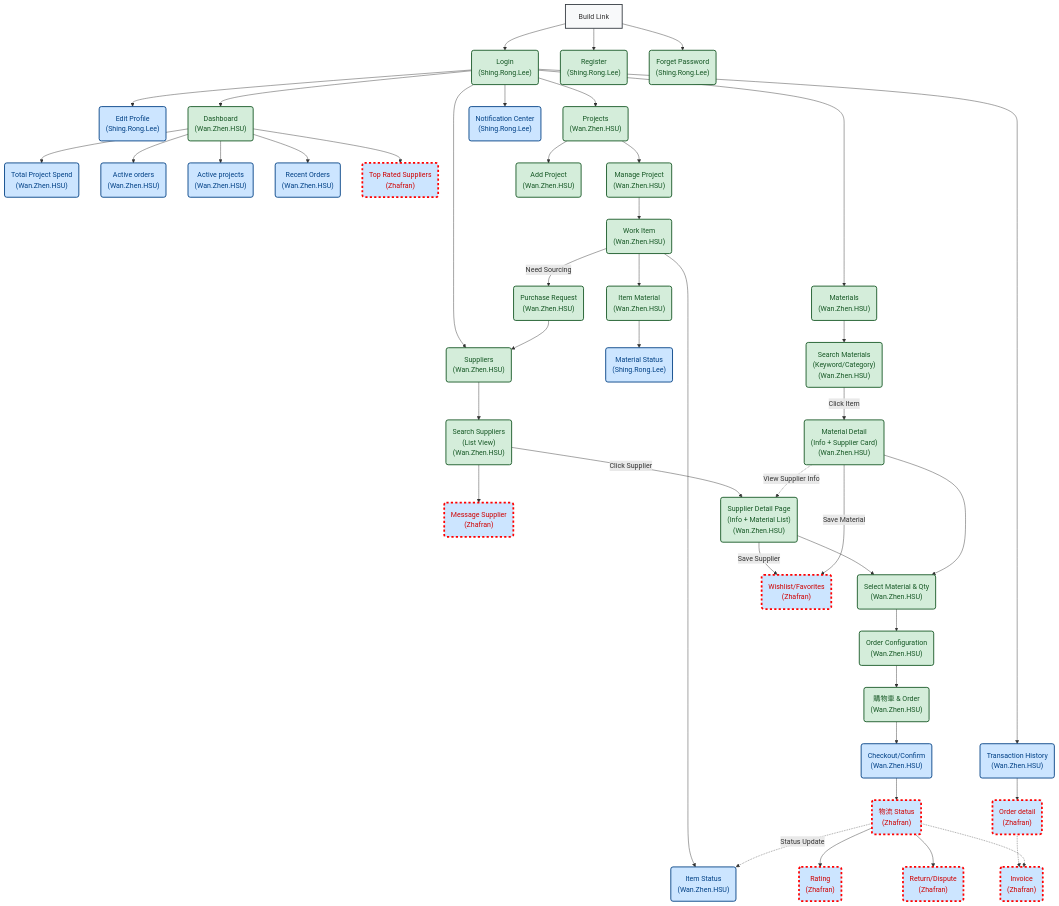
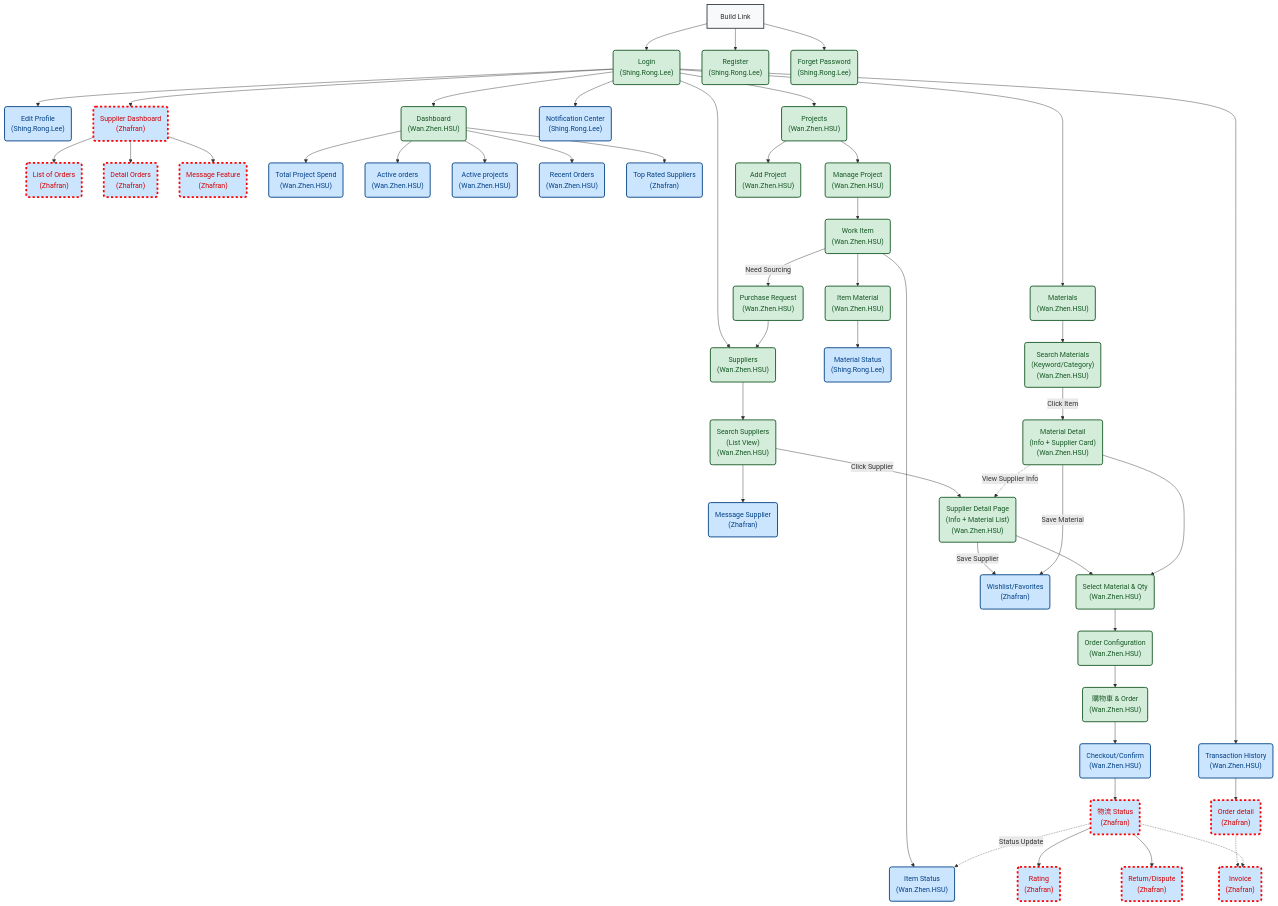
The diagram in README.md (Wanzhennnnnnnnnnnn/Team4), drawn with Mermaid before and after one commit.

Commit message:
docs: update assignments

```diff
--- a/README.md
+++ b/README.md
@@ -29,12 +29,18 @@
     %% 新增：通知中心
     Login --> Notifications("Notification Center<br/>(Shing.Rong.Lee)"):::exp
 
+    %% Supplier Dashboard Branch
+    Login --> SupplierDashboard("Supplier Dashboard<br/>(Zhafran)"):::exp_missing
+    SupplierDashboard --> SupplierListOrders("List of Orders<br/>(Zhafran)"):::exp_missing
+    SupplierDashboard --> SupplierDetailOrders("Detail Orders<br/>(Zhafran)"):::exp_missing
+    SupplierDashboard --> SupplierMessage("Message Feature<br/>(Zhafran)"):::exp_missing
+
     %% Dashboard Branch (Completed)
     Dashboard --> TotalSpend("Total Project Spend<br/>(Wan.Zhen.HSU)"):::exp
     Dashboard --> ActiveOrders("Active orders<br/>(Wan.Zhen.HSU)"):::exp
     Dashboard --> ActiveProjects("Active projects<br/>(Wan.Zhen.HSU)"):::exp
     Dashboard --> RecentOrder("Recent Orders<br/>(Wan.Zhen.HSU)"):::exp
-    Dashboard --> TopSuppliers("Top Rated Suppliers<br/>(Zhafran)"):::exp_missing
+    Dashboard --> TopSuppliers("Top Rated Suppliers<br/>(Zhafran)"):::exp
 
     %% History Procurement Branch
     TransHistory --> OrderDetail("Order detail<br/>(Zhafran)"):::exp_missing
@@ -59,7 +65,7 @@
 
     %% Path A: Suppliers
     Suppliers --> SupSearch("Search Suppliers<br/>(List View)<br/>(Wan.Zhen.HSU)"):::mvp
-    SupSearch --> Message("Message Supplier<br/>(Zhafran)"):::exp_missing
+    SupSearch --> Message("Message Supplier<br/>(Zhafran)"):::exp
 
     SupSearch -- "Click Supplier" --> SupDetail("Supplier Detail Page<br/>(Info + Material List)<br/>(Wan.Zhen.HSU)"):::mvp
     SupDetail --> Material("Select Material & Qty<br/>(Wan.Zhen.HSU)"):::mvp
@@ -73,7 +79,7 @@
     MatDetail -. "View Supplier Info" .-> SupDetail
 
     %% 收藏功能 (缺失)
-    SupDetail -- "Save Supplier" --> Wishlist("Wishlist/Favorites<br/>(Zhafran)"):::exp_missing
+    SupDetail -- "Save Supplier" --> Wishlist("Wishlist/Favorites<br/>(Zhafran)"):::exp
     MatDetail -- "Save Material" --> Wishlist
 
     %% Order Configuration
```
